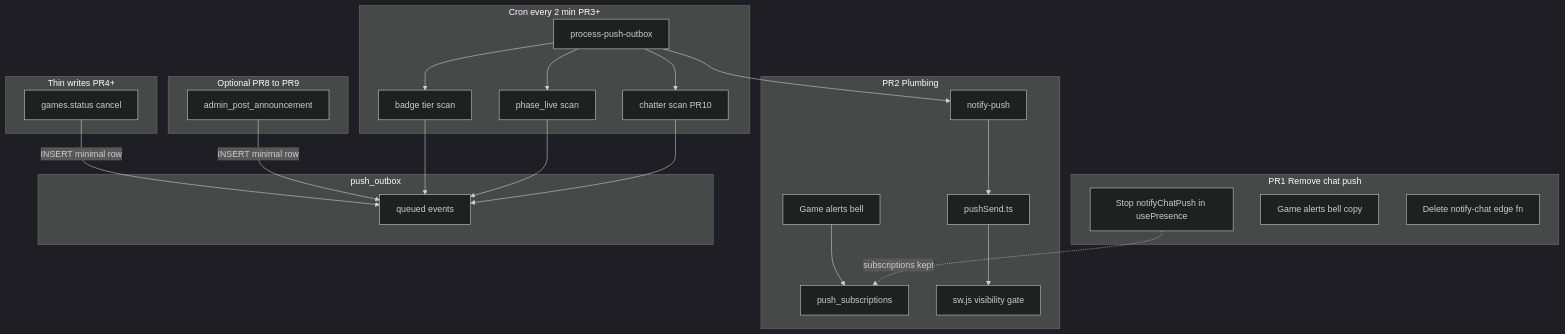
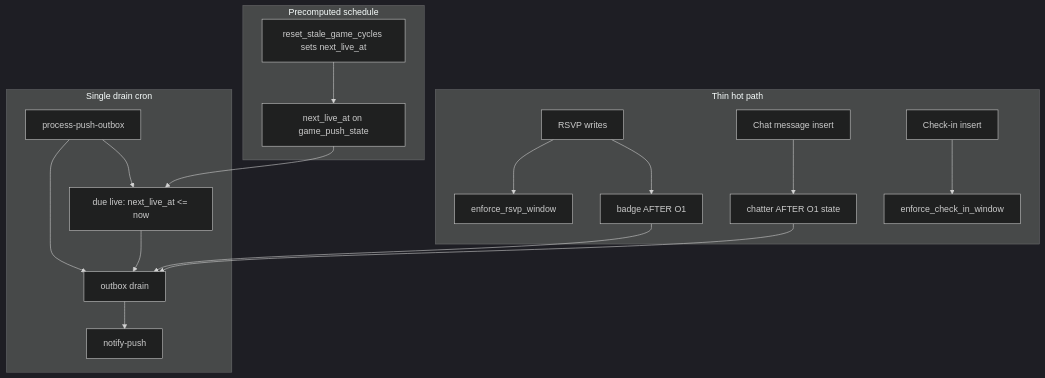
Before and after one commit to achang0406/disc-check: the diagram in docs/intent-aligned-push-refactor-v2-rollout.md, drawn with Mermaid (dark theme). The commit also changed other lines of this file, not shown here.

First line of the commit message:
Optimize v2 rollout plan for thin hot paths and unified push discovery.

````diff
--- a/docs/intent-aligned-push-refactor-v2-rollout.md
+++ b/docs/intent-aligned-push-refactor-v2-rollout.md
@@ -76,43 +137,34 @@
 ```mermaid
 flowchart TD
-  subgraph pr1 [PR1 Remove chat push]
-    StopInvoke[Stop notifyChatPush in usePresence]
-    BellRename[Game alerts bell copy]
-    DelNotifyChat[Delete notify-chat edge fn]
+  subgraph hotPath [Thin hot path]
+    RsvpWrite[RSVP writes]
+    ChatWrite[Chat message insert]
+    CheckInWrite[Check-in insert]
+    EnforceRsvp[enforce_rsvp_window]
+    EnforceCheckIn[enforce_check_in_window]
+    BadgeTrigger[badge AFTER O1]
+    ChatterTrigger[chatter AFTER O1 state]
+    RsvpWrite --> EnforceRsvp
+    RsvpWrite --> BadgeTrigger
+    ChatWrite --> ChatterTrigger
+    CheckInWrite --> EnforceCheckIn
   end
-  subgraph pr2 [PR2 Plumbing]
-    Bell[Game alerts bell]
-    Subs[push_subscriptions]
-    PushSend[pushSend.ts]
+  subgraph schedule [Precomputed schedule]
+    NextLive[next_live_at on game_push_state]
+    CycleReset[reset_stale_game_cycles sets next_live_at]
+    CycleReset --> NextLive
+  end
+  subgraph drain [Single drain cron]
+    Processor[process-push-outbox]
+    DueLive["due live: next_live_at <= now"]
+    OutboxDrain[outbox drain]
     NotifyPush[notify-push]
-    SW[sw.js visibility gate]
-    Bell --> Subs
   end
-  subgraph writes [Thin writes PR4+]
-    Cancel[games.status cancel]
-  end
-  subgraph optionalLate [Optional PR8 to PR9]
-    AdminRPC[admin_post_announcement]
-  end
-  subgraph cron [Cron every 2 min PR3+]
-    Processor[process-push-outbox]
-    BadgeScan[badge tier scan]
-    LiveScan[phase_live scan]
-    ChatterScan[chatter scan PR10]
-  end
-  subgraph outbox [push_outbox]
-    Queue[queued events]
-  end
-  StopInvoke -.->|"subscriptions kept"| Subs
-  Cancel -->|"INSERT minimal row"| Queue
-  Processor --> BadgeScan
-  Processor --> LiveScan
-  AdminRPC -->|"INSERT minimal row"| Queue
-  Processor --> ChatterScan
-  BadgeScan --> Queue
-  LiveScan --> Queue
-  ChatterScan --> Queue
-  Processor --> NotifyPush
-  NotifyPush --> PushSend
-  PushSend --> SW
+  BadgeTrigger --> OutboxDrain
+  ChatterTrigger --> OutboxDrain
+  NextLive --> DueLive
+  Processor --> OutboxDrain
+  Processor --> DueLive
+  OutboxDrain --> NotifyPush
+  DueLive --> OutboxDrain
 ```
````
